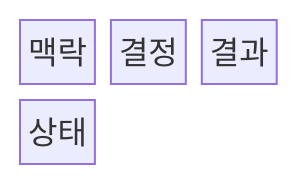
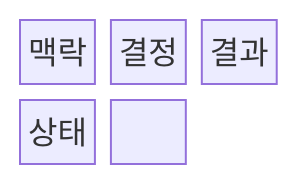
One commit to agnusdei1207/knowledge-base changed the first of 2 diagrams in src/content/docs/notes/03-software/076_architecture_decision_record.md. Above: the diagram before and after it, drawn with Mermaid. The commit also changed other lines of this file and 20 other files, not shown here.

````diff
--- a/src/content/docs/notes/03-software/076_architecture_decision_record.md
+++ b/src/content/docs/notes/03-software/076_architecture_decision_record.md
@@ -53,8 +55,9 @@
 ```mermaid
-block-beta
+block
   columns 3
   C["맥락"]
   D["결정"]
   R["결과"]
   S["상태"]
+  C --> D --> R --> S
 ```
````
